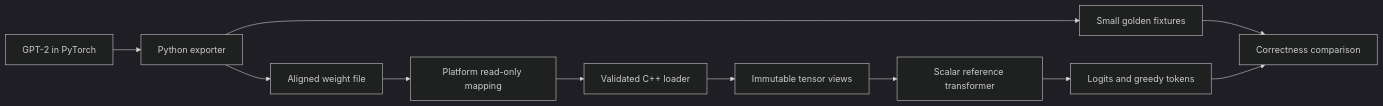
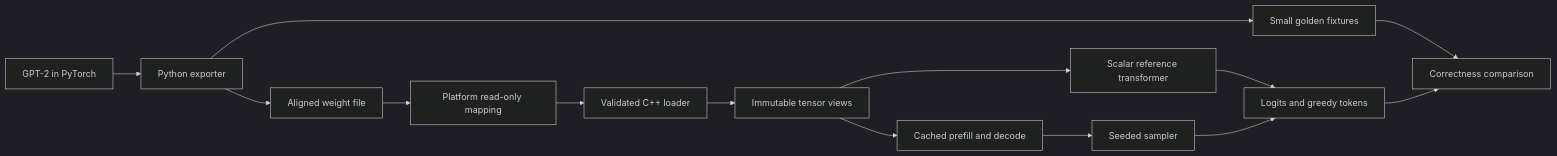
The diagram in README.md (ArnavLifelessCoder/nanoinfer), drawn with Mermaid (dark theme) before and after one commit. The commit also changed other lines of this file and 29 other files, not shown here.

````diff
--- a/README.md
+++ b/README.md
@@ -26,13 +28,16 @@
 ```mermaid
 flowchart LR
     HF[GPT-2 in PyTorch] --> E[Python exporter]
     E --> W[Aligned weight file]
     E --> G[Small golden fixtures]
     W --> P[Platform read-only mapping]
     P --> L[Validated C++ loader]
     L --> V[Immutable tensor views]
     V --> R[Scalar reference transformer]
     R --> O[Logits and greedy tokens]
+    V --> K[Cached prefill and decode]
+    K --> S[Seeded sampler]
+    S --> O
     G --> C[Correctness comparison]
     O --> C
 ```
````
